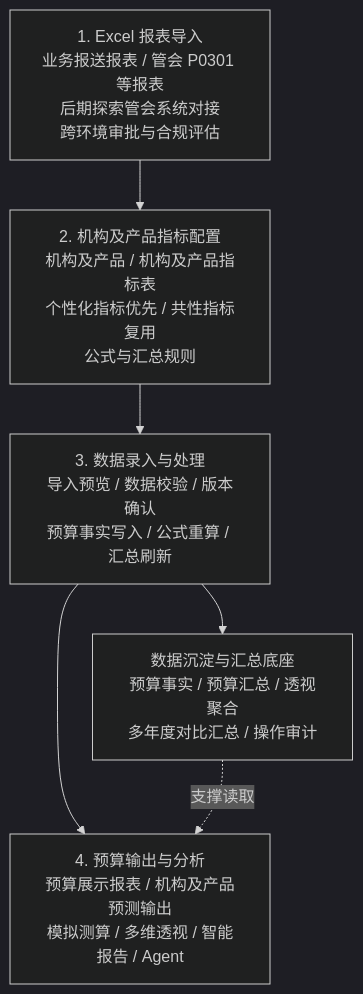
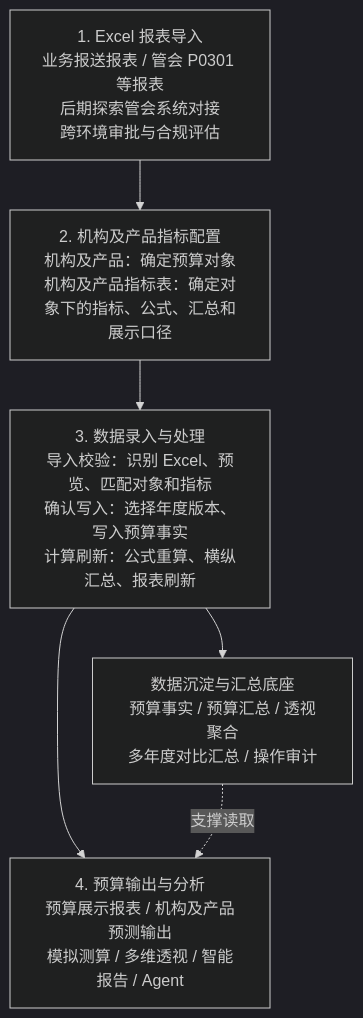
One commit to wuzhideren5-glitch/banking-budget-system-demo changed the first of 3 diagrams in docs/superpowers/specs/2026-06-12-business-framework-layered-design.md. Above: the diagram before and after it, drawn with Mermaid (dark theme). The commit also changed other lines of this file and 1 other file, not shown here.

````diff
--- a/docs/superpowers/specs/2026-06-12-business-framework-layered-design.md
+++ b/docs/superpowers/specs/2026-06-12-business-framework-layered-design.md
@@ -39,12 +39,12 @@
 ```mermaid
 flowchart TB
   A["1. Excel 报表导入<br/>业务报送报表 / 管会 P0301 等报表<br/>后期探索管会系统对接<br/>跨环境审批与合规评估"]
-  B["2. 机构及产品指标配置<br/>机构及产品 / 机构及产品指标表<br/>个性化指标优先 / 共性指标复用<br/>公式与汇总规则"]
-  C["3. 数据录入与处理<br/>导入预览 / 数据校验 / 版本确认<br/>预算事实写入 / 公式重算 / 汇总刷新"]
+  B["2. 机构及产品指标配置<br/>机构及产品：确定预算对象<br/>机构及产品指标表：确定对象下的指标、公式、汇总和展示口径"]
+  C["3. 数据录入与处理<br/>导入校验：识别 Excel、预览、匹配对象和指标<br/>确认写入：选择年度版本、写入预算事实<br/>计算刷新：公式重算、横纵汇总、报表刷新"]
   D["4. 预算输出与分析<br/>预算展示报表 / 机构及产品预测输出<br/>模拟测算 / 多维透视 / 智能报告 / Agent"]
   E["数据沉淀与汇总底座<br/>预算事实 / 预算汇总 / 透视聚合<br/>多年度对比汇总 / 操作审计"]
 
   A --> B --> C --> D
   C --> E
   E -.支撑读取.-> D
 ```
````
